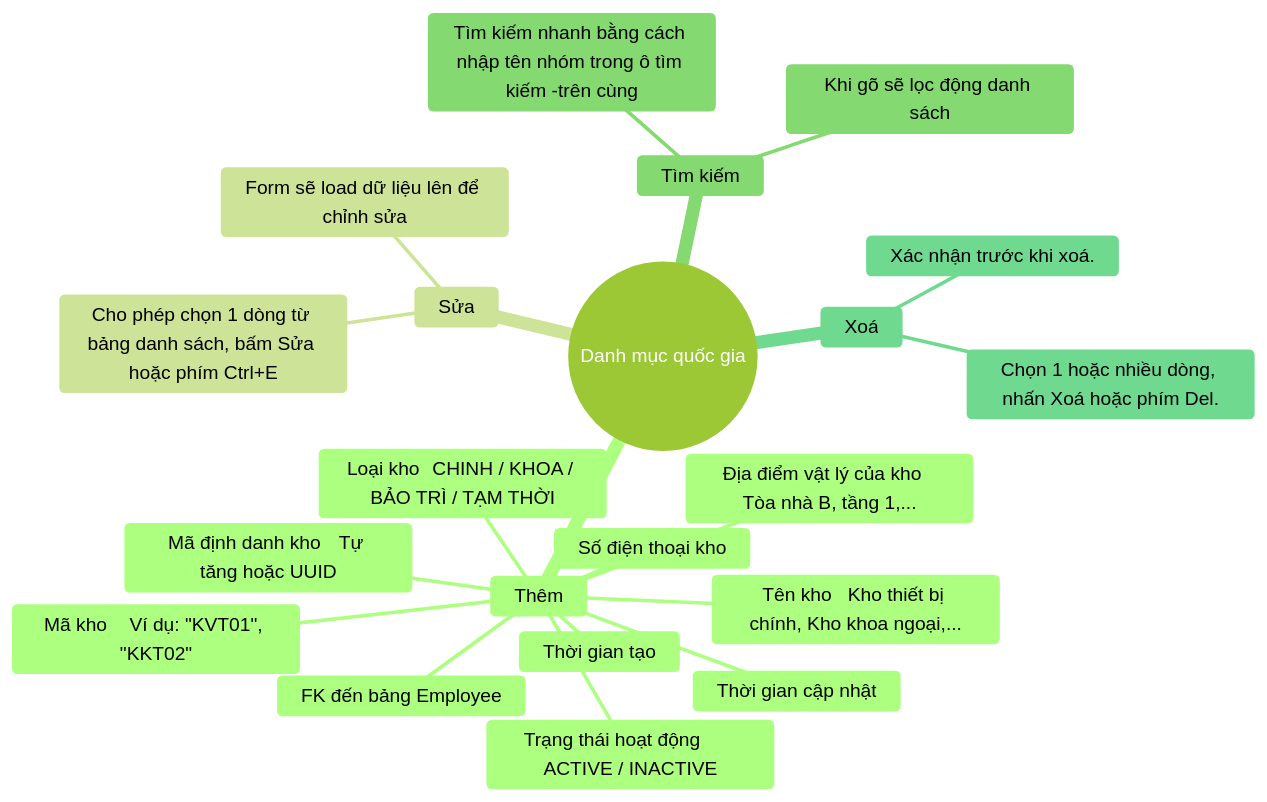
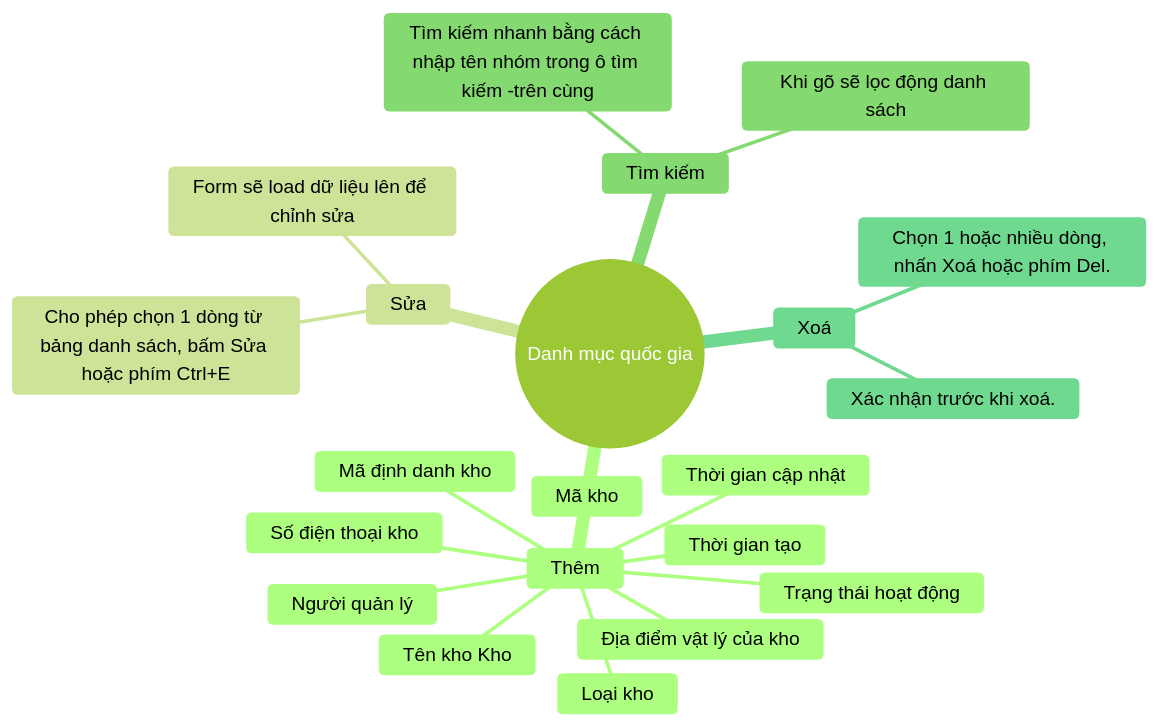
Before and after one commit to nthanhdo/mems-brainstorm: the diagram in mindmap-kho.md, drawn with Mermaid (forest theme).

````diff
--- a/mindmap-kho.md
+++ b/mindmap-kho.md
@@ -1,27 +1,27 @@
 ```mermaid
 mindmap
   root((Danh mục quốc gia))
      
         Thêm
-          Mã định danh kho	Tự tăng hoặc UUID
-          Mã kho	Ví dụ: "KVT01", "KKT02"
-          Tên kho	Kho thiết bị chính, Kho khoa ngoại,...
-          Loại kho	CHINH / KHOA / BẢO TRÌ / TẠM THỜI
-          Địa điểm vật lý của kho	Tòa nhà B, tầng 1,...
-          FK đến bảng Employee	
+          Mã định danh kho
+          Mã kho	
+          Tên kho	Kho 
+          Loại kho	
+          Địa điểm vật lý của kho	
+          Người quản lý
           Số điện thoại kho 	
-          Trạng thái hoạt động	ACTIVE / INACTIVE
+          Trạng thái hoạt động	
           Thời gian tạo	
           Thời gian cập nhật	
         Sửa
           Cho phép chọn 1 dòng từ bảng danh sách, bấm Sửa hoặc phím Ctrl+E
           Form sẽ load dữ liệu lên để chỉnh sửa
         Tìm kiếm
           Tìm kiếm nhanh bằng cách nhập tên nhóm trong ô tìm kiếm -trên cùng
           Khi gõ sẽ lọc động danh sách
         Xoá
           Chọn 1 hoặc nhiều dòng, nhấn Xoá hoặc phím Del.
           Xác nhận trước khi xoá.
    
 
 ```
````
